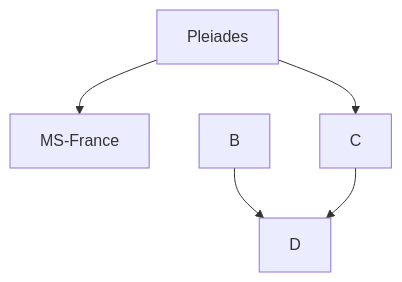
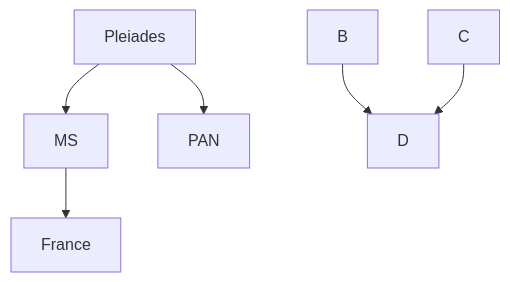
The diagram in README.md (DippoldEJ/Satellite-Datasets), drawn with Mermaid before and after one commit.

````diff
--- a/README.md
+++ b/README.md
@@ -8,8 +8,8 @@
 ```mermaid
 graph TD;
-    Pleiades-->MS-France;
-    Pleiades-->C;
+    Pleiades-->MS-->France;
+    Pleiades-->PAN;
     B-->D;
     C-->D;
 
 ```
````
